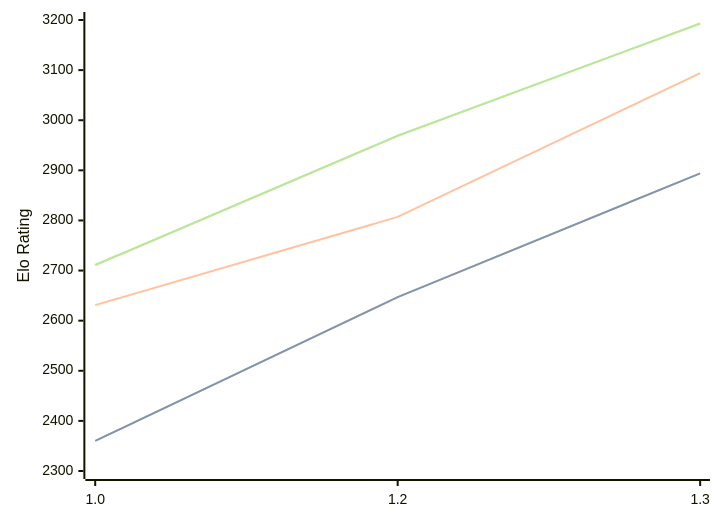
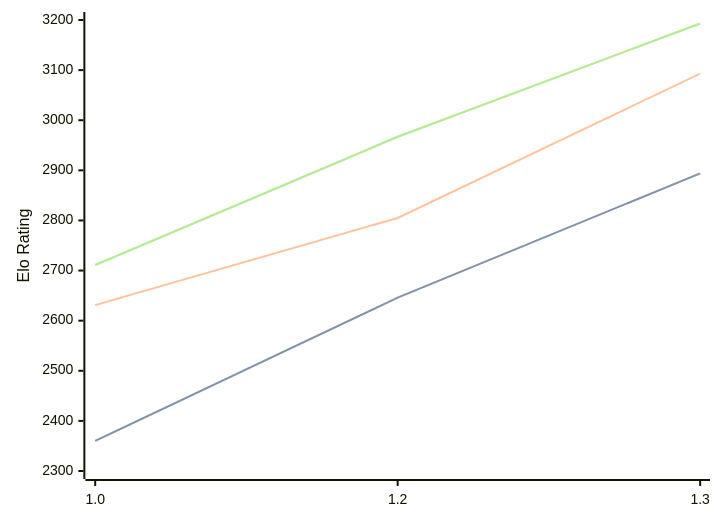
One commit to computer-chess-index/cci changed the diagram in engines/Chessnix.md. Above: the diagram before and after it, drawn with Mermaid. The commit also changed other lines of this file, not shown here.

Commit message:
Update CCI Ratings (ELO VLTC) - 2026-04-07

````diff
--- a/engines/Chessnix.md
+++ b/engines/Chessnix.md
@@ -35,11 +35,11 @@
 ```mermaid
 %%{init: {"theme":"base","themeVariables":{"seriesColors:['#a3a3a3','#222221','#faa371']}}}%%
 xychart-beta
   x-axis ["1.0", "1.2", "1.3"]
   y-axis "Elo Rating" 2300 --> 3200
-  line "STC (8.0+0.08s)" [2360, 2647, 2894]
-  line "STC (8.0+0.08s)" [2360, 2647, 2894]
-  line "LTC (60.0+0.60s)" [2631, 2807, 3094]
-  line "VLTC (2m24s+1.12s)" [2711, 2969, 3193]
-  line "VLTC (2m24s+1.12s)" [2711, 2969, 3193]
+  line "STC (8.0+0.08s)" [2360, 2646, 2894]
+  line "STC (8.0+0.08s)" [2360, 2646, 2894]
+  line "LTC (60.0+0.60s)" [2631, 2805, 3093]
+  line "VLTC (2m24s+1.12s)" [2711, 2967, 3193]
+  line "VLTC (2m24s+1.12s)" [2711, 2967, 3193]
 ```
````
